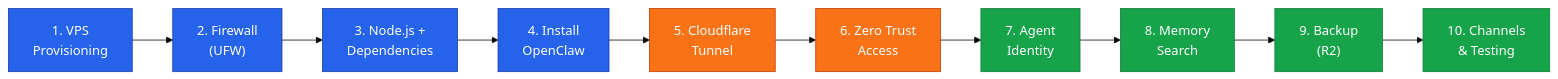
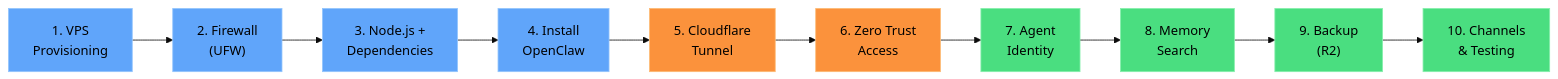
The diagram in docs/index.md (gaiar/openclaw-setup), drawn with Mermaid (base theme) before and after one commit. The commit also changed 1 other file, not shown here.

Commit message:
fix: improve Mermaid diagram visibility on dark theme
Set Mermaid to dark theme via _includes/mermaid_config.js and
use brighter fill colors with dark text in the deployment
pipeline diagram for better contrast.

````diff
--- a/docs/index.md
+++ b/docs/index.md
@@ -53,23 +53,23 @@
 ```mermaid
 flowchart LR
     A["1. VPS\nProvisioning"] --> B["2. Firewall\n(UFW)"]
     B --> C["3. Node.js +\nDependencies"]
     C --> D["4. Install\nOpenClaw"]
     D --> E["5. Cloudflare\nTunnel"]
     E --> F["6. Zero Trust\nAccess"]
     F --> G["7. Agent\nIdentity"]
     G --> H["8. Memory\nSearch"]
     H --> I["9. Backup\n(R2)"]
     I --> J["10. Channels\n& Testing"]
 
-    style A fill:#2563eb,stroke:#1e40af,color:#fff
-    style B fill:#2563eb,stroke:#1e40af,color:#fff
-    style C fill:#2563eb,stroke:#1e40af,color:#fff
-    style D fill:#2563eb,stroke:#1e40af,color:#fff
-    style E fill:#f97316,stroke:#c2410c,color:#fff
-    style F fill:#f97316,stroke:#c2410c,color:#fff
-    style G fill:#16a34a,stroke:#15803d,color:#fff
-    style H fill:#16a34a,stroke:#15803d,color:#fff
-    style I fill:#16a34a,stroke:#15803d,color:#fff
-    style J fill:#16a34a,stroke:#15803d,color:#fff
+    style A fill:#60a5fa,stroke:#93c5fd,color:#000
+    style B fill:#60a5fa,stroke:#93c5fd,color:#000
+    style C fill:#60a5fa,stroke:#93c5fd,color:#000
+    style D fill:#60a5fa,stroke:#93c5fd,color:#000
+    style E fill:#fb923c,stroke:#fdba74,color:#000
+    style F fill:#fb923c,stroke:#fdba74,color:#000
+    style G fill:#4ade80,stroke:#86efac,color:#000
+    style H fill:#4ade80,stroke:#86efac,color:#000
+    style I fill:#4ade80,stroke:#86efac,color:#000
+    style J fill:#4ade80,stroke:#86efac,color:#000
 ```
````
